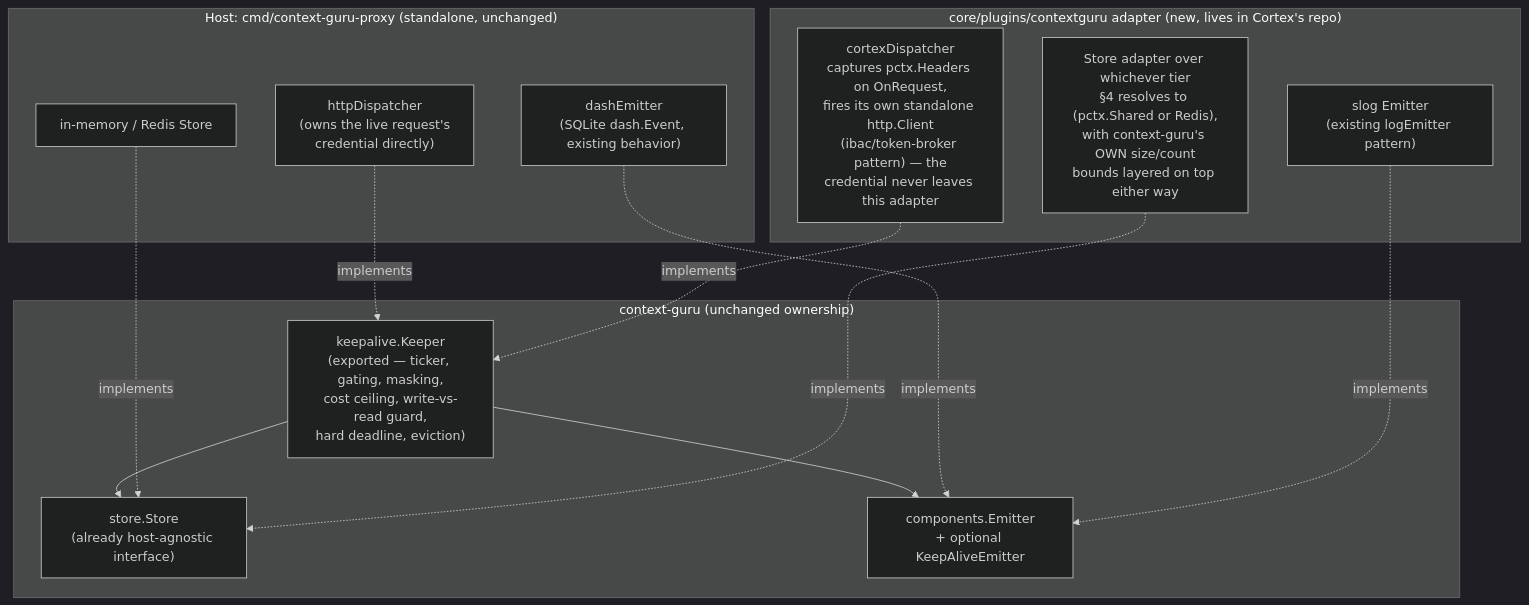
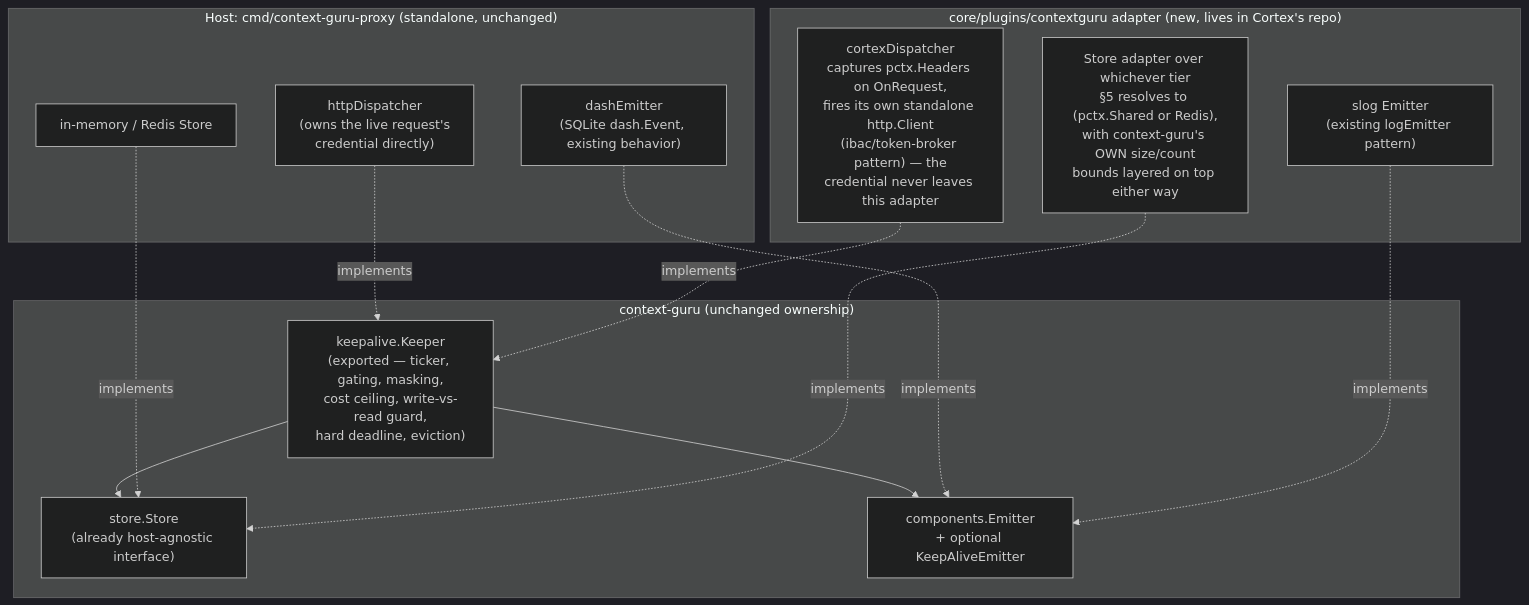
One commit to rossoctl/context-guru changed the second of 5 diagrams in docs/proposals/cortex-integration.md. Above: the diagram before and after it, drawn with Mermaid (dark theme). The commit also changed other lines of this file, not shown here.

````diff
--- a/docs/proposals/cortex-integration.md
+++ b/docs/proposals/cortex-integration.md
@@ -158,29 +244,29 @@
 ```mermaid
 graph TB
     subgraph ContextGuru["context-guru (unchanged ownership)"]
         KA["keepalive.Keeper<br/>(exported — ticker, gating, masking,<br/>cost ceiling, write-vs-read guard,<br/>hard deadline, eviction)"]
         ST["store.Store<br/>(already host-agnostic interface)"]
         EM["components.Emitter<br/>+ optional KeepAliveEmitter"]
         KA --> ST
         KA --> EM
     end
 
     subgraph Host1["Host: cmd/context-guru-proxy (standalone, unchanged)"]
         D1["httpDispatcher<br/>(owns the live request's<br/>credential directly)"]
         E1["dashEmitter<br/>(SQLite dash.Event, existing behavior)"]
         S1["in-memory / Redis Store"]
     end
 
     subgraph Host2["core/plugins/contextguru adapter (new, lives in Cortex's repo)"]
         D2["cortexDispatcher<br/>captures pctx.Headers on OnRequest,<br/>fires its own standalone http.Client<br/>(ibac/token-broker pattern) — the<br/>credential never leaves this adapter"]
         E2["slog Emitter<br/>(existing logEmitter pattern)"]
-        S2["Store adapter over whichever tier<br/>§4 resolves to (pctx.Shared or Redis),<br/>with context-guru's OWN size/count<br/>bounds layered on top either way"]
+        S2["Store adapter over whichever tier<br/>§5 resolves to (pctx.Shared or Redis),<br/>with context-guru's OWN size/count<br/>bounds layered on top either way"]
     end
 
     D1 -. implements .-> KA
     E1 -. implements .-> EM
     S1 -. implements .-> ST
     D2 -. implements .-> KA
     E2 -. implements .-> EM
     S2 -. implements .-> ST
 ```
````
